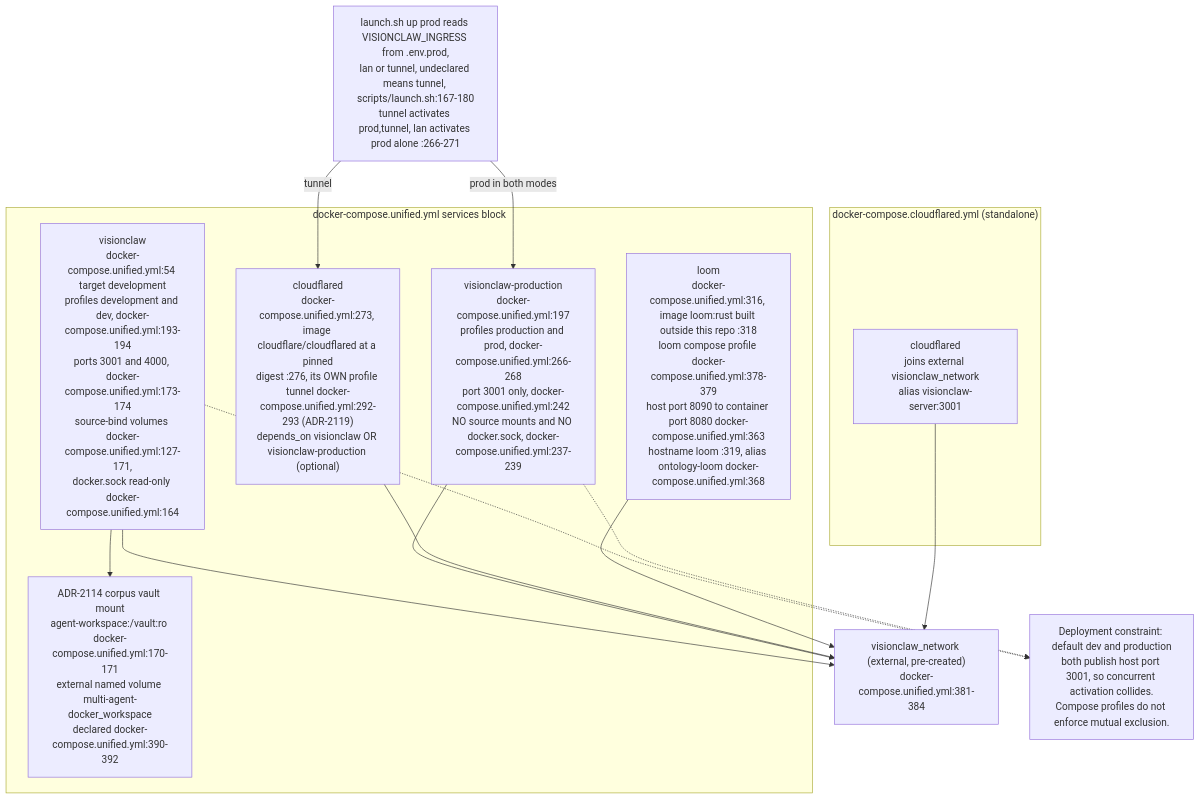
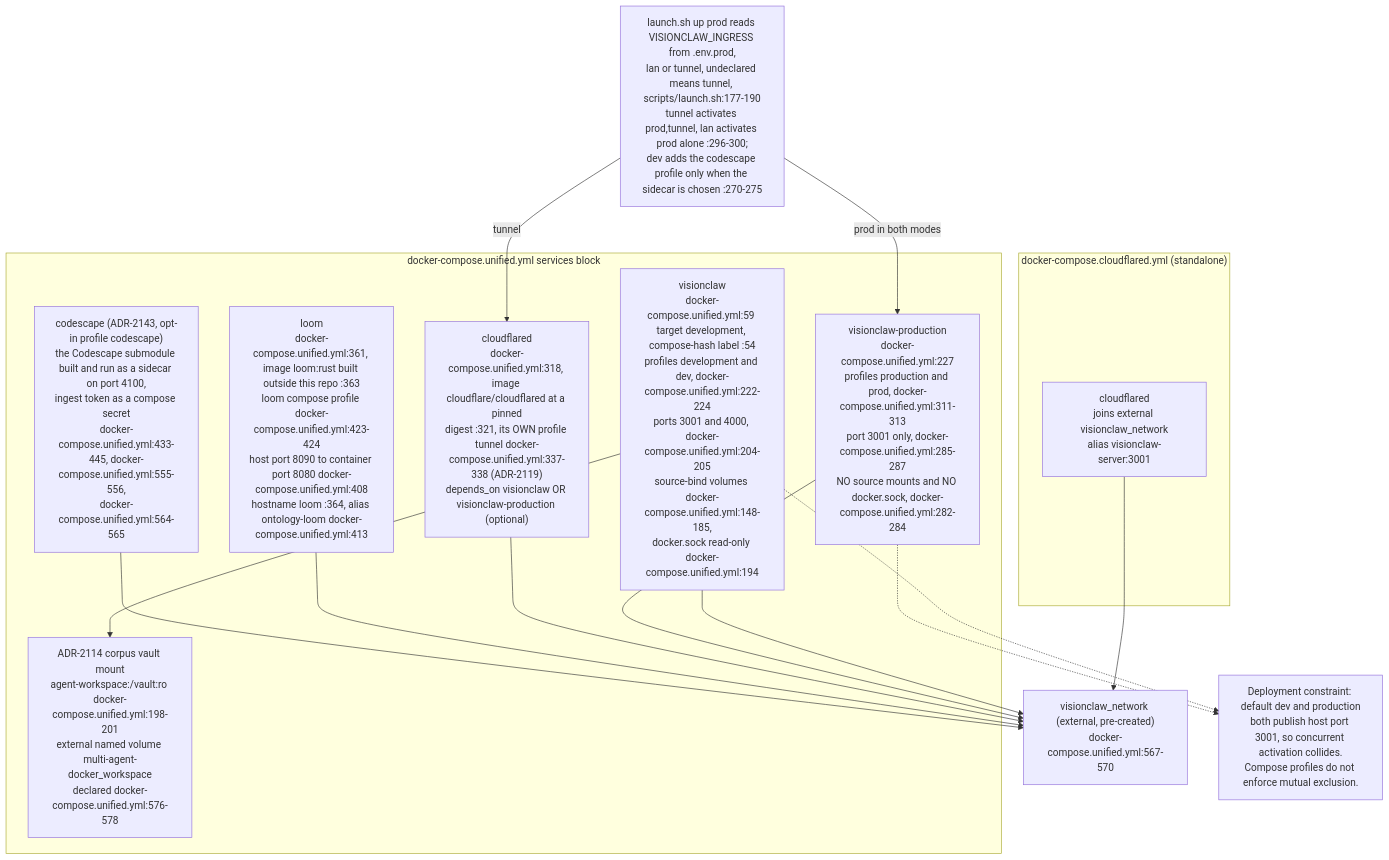
Before and after one commit to DreamLab-AI/VisionFlow: the eighth of 24 diagrams in docs/diagrams/estate/09-build-deploy-and-ci-estate.md, drawn with Mermaid. The commit also changed other lines of this file and 160 other files, not shown here.

````diff
--- a/docs/diagrams/estate/09-build-deploy-and-ci-estate.md
+++ b/docs/diagrams/estate/09-build-deploy-and-ci-estate.md
@@ -296,28 +300,30 @@
 ```mermaid
 flowchart TB
     subgraph PROFILES["docker-compose.unified.yml services block"]
-        DEVSVC["visionclaw<br/>docker-compose.unified.yml:54 target development<br/>profiles development and dev, docker-compose.unified.yml:193-194<br/>ports 3001 and 4000, docker-compose.unified.yml:173-174<br/>source-bind volumes docker-compose.unified.yml:127-171,<br/>docker.sock read-only docker-compose.unified.yml:164"]
-        VAULTMOUNT["ADR-2114 corpus vault mount<br/>agent-workspace:/vault:ro docker-compose.unified.yml:170-171<br/>external named volume multi-agent-docker_workspace<br/>declared docker-compose.unified.yml:390-392"]
-        PRODSVC["visionclaw-production<br/>docker-compose.unified.yml:197<br/>profiles production and prod, docker-compose.unified.yml:266-268<br/>port 3001 only, docker-compose.unified.yml:242<br/>NO source mounts and NO docker.sock, docker-compose.unified.yml:237-239"]
-        CLOUDFLARED["cloudflared<br/>docker-compose.unified.yml:273, image cloudflare/cloudflared at a pinned<br/>digest :276, its OWN profile tunnel docker-compose.unified.yml:292-293 (ADR-2119)<br/>depends_on visionclaw OR visionclaw-production (optional)"]
-        LOOM["loom<br/>docker-compose.unified.yml:316, image loom:rust built outside this repo :318<br/>loom compose profile docker-compose.unified.yml:378-379<br/>host port 8090 to container port 8080 docker-compose.unified.yml:363<br/>hostname loom :319, alias ontology-loom docker-compose.unified.yml:368"]
+        DEVSVC["visionclaw<br/>docker-compose.unified.yml:59 target development, compose-hash label :54<br/>profiles development and dev, docker-compose.unified.yml:222-224<br/>ports 3001 and 4000, docker-compose.unified.yml:204-205<br/>source-bind volumes docker-compose.unified.yml:148-185,<br/>docker.sock read-only docker-compose.unified.yml:194"]
+        VAULTMOUNT["ADR-2114 corpus vault mount<br/>agent-workspace:/vault:ro docker-compose.unified.yml:198-201<br/>external named volume multi-agent-docker_workspace<br/>declared docker-compose.unified.yml:576-578"]
+        PRODSVC["visionclaw-production<br/>docker-compose.unified.yml:227<br/>profiles production and prod, docker-compose.unified.yml:311-313<br/>port 3001 only, docker-compose.unified.yml:285-287<br/>NO source mounts and NO docker.sock, docker-compose.unified.yml:282-284"]
+        CLOUDFLARED["cloudflared<br/>docker-compose.unified.yml:318, image cloudflare/cloudflared at a pinned<br/>digest :321, its OWN profile tunnel docker-compose.unified.yml:337-338 (ADR-2119)<br/>depends_on visionclaw OR visionclaw-production (optional)"]
+        LOOM["loom<br/>docker-compose.unified.yml:361, image loom:rust built outside this repo :363<br/>loom compose profile docker-compose.unified.yml:423-424<br/>host port 8090 to container port 8080 docker-compose.unified.yml:408<br/>hostname loom :364, alias ontology-loom docker-compose.unified.yml:413"]
+        CODESCAPE["codescape (ADR-2143, opt-in profile codescape)<br/>the Codescape submodule built and run as a sidecar on port 4100,<br/>ingest token as a compose secret<br/>docker-compose.unified.yml:433-445, docker-compose.unified.yml:555-556,<br/>docker-compose.unified.yml:564-565"]
     end
     subgraph EXTFILE["docker-compose.cloudflared.yml (standalone)"]
         CFSTANDALONE["cloudflared<br/>joins external visionclaw_network<br/>alias visionclaw-server:3001"]
     end
-    NET["visionclaw_network (external, pre-created)<br/>docker-compose.unified.yml:381-384"]
-    INGRESS["launch.sh up prod reads VISIONCLAW_INGRESS from .env.prod,<br/>lan or tunnel, undeclared means tunnel, scripts/launch.sh:167-180<br/>tunnel activates prod,tunnel, lan activates prod alone :266-271"]
+    NET["visionclaw_network (external, pre-created)<br/>docker-compose.unified.yml:567-570"]
+    INGRESS["launch.sh up prod reads VISIONCLAW_INGRESS from .env.prod,<br/>lan or tunnel, undeclared means tunnel, scripts/launch.sh:177-190<br/>tunnel activates prod,tunnel, lan activates prod alone :296-300;<br/>dev adds the codescape profile only when the sidecar is chosen :270-275"]
     INGRESS -->|"tunnel"| CLOUDFLARED
     INGRESS -->|"prod in both modes"| PRODSVC
 
     DEVSVC --> VAULTMOUNT
     DEVSVC --> NET
     PRODSVC --> NET
     CLOUDFLARED --> NET
     LOOM --> NET
+    CODESCAPE --> NET
     CFSTANDALONE --> NET
 
     GATE["Deployment constraint: default dev and production<br/>both publish host port 3001, so concurrent activation collides.<br/>Compose profiles do not enforce mutual exclusion."]
     DEVSVC -.-> GATE
     PRODSVC -.-> GATE
 ```
````
